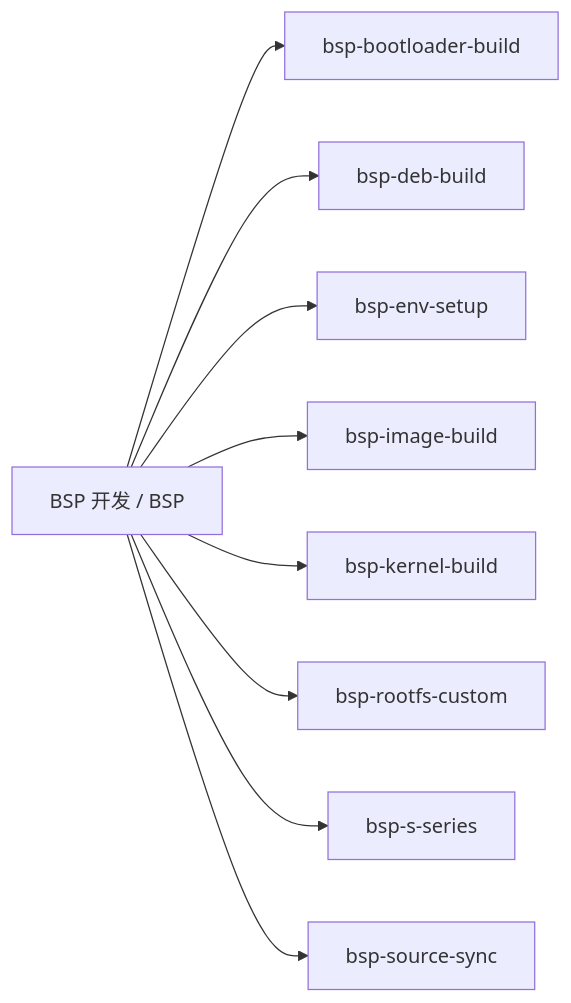
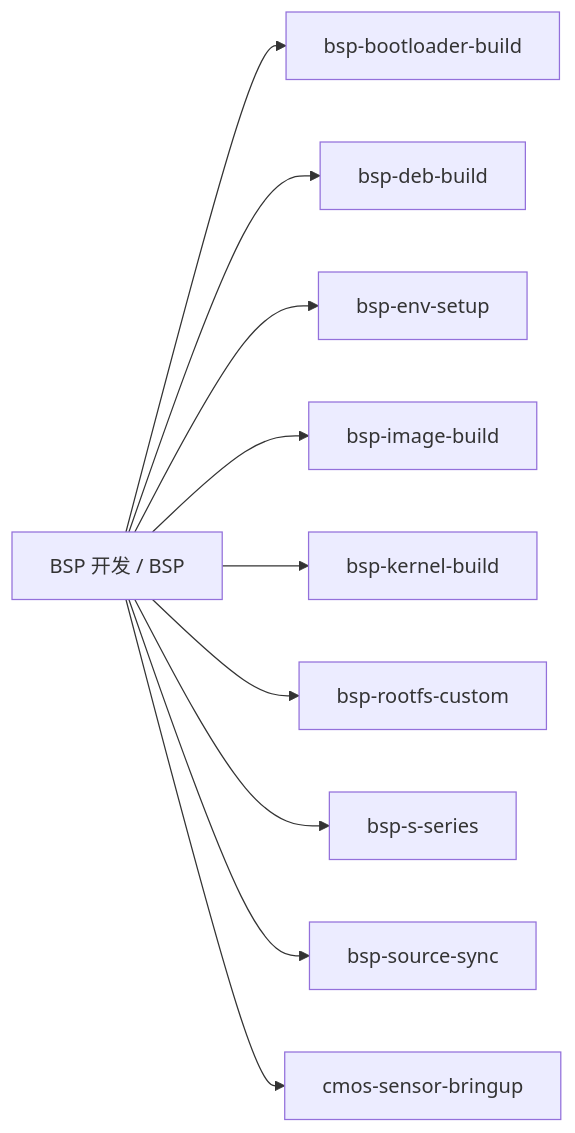
The second of 6 diagrams in docs/SKILL-MAP.md (D-Robotics/rdk-skills), drawn with Mermaid before and after one commit. The commit also changed other lines of this file and 25 other files, not shown here.

First line of the commit message:
feat: register CMOS sensor bringup from BSP v1.1.0 (#30)

````diff
--- a/docs/SKILL-MAP.md
+++ b/docs/SKILL-MAP.md
@@ -82,20 +82,22 @@
 ```mermaid
 flowchart LR
     root["BSP 开发 / BSP"]
     root --> skill25["bsp-bootloader-build"]
     click skill25 "../skills/bsp-bootloader-build/SKILL.md" "Open SKILL.md"
     root --> skill26["bsp-deb-build"]
     click skill26 "../skills/bsp-deb-build/SKILL.md" "Open SKILL.md"
     root --> skill27["bsp-env-setup"]
     click skill27 "../skills/bsp-env-setup/SKILL.md" "Open SKILL.md"
     root --> skill28["bsp-image-build"]
     click skill28 "../skills/bsp-image-build/SKILL.md" "Open SKILL.md"
     root --> skill29["bsp-kernel-build"]
     click skill29 "../skills/bsp-kernel-build/SKILL.md" "Open SKILL.md"
     root --> skill30["bsp-rootfs-custom"]
     click skill30 "../skills/bsp-rootfs-custom/SKILL.md" "Open SKILL.md"
     root --> skill31["bsp-s-series"]
     click skill31 "../skills/bsp-s-series/SKILL.md" "Open SKILL.md"
     root --> skill32["bsp-source-sync"]
     click skill32 "../skills/bsp-source-sync/SKILL.md" "Open SKILL.md"
+    root --> camera_bringup["cmos-sensor-bringup"]
+    click camera_bringup "../skills/cmos-sensor-bringup/SKILL.md" "Open SKILL.md"
 ```
````
